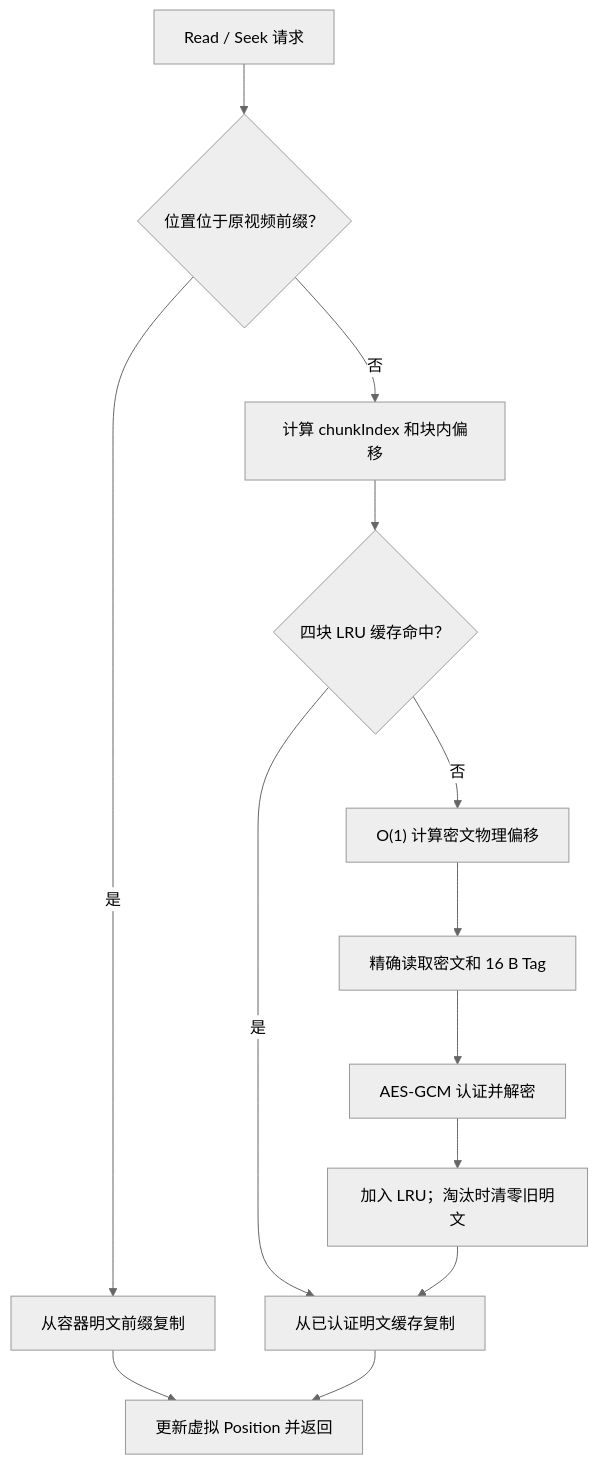
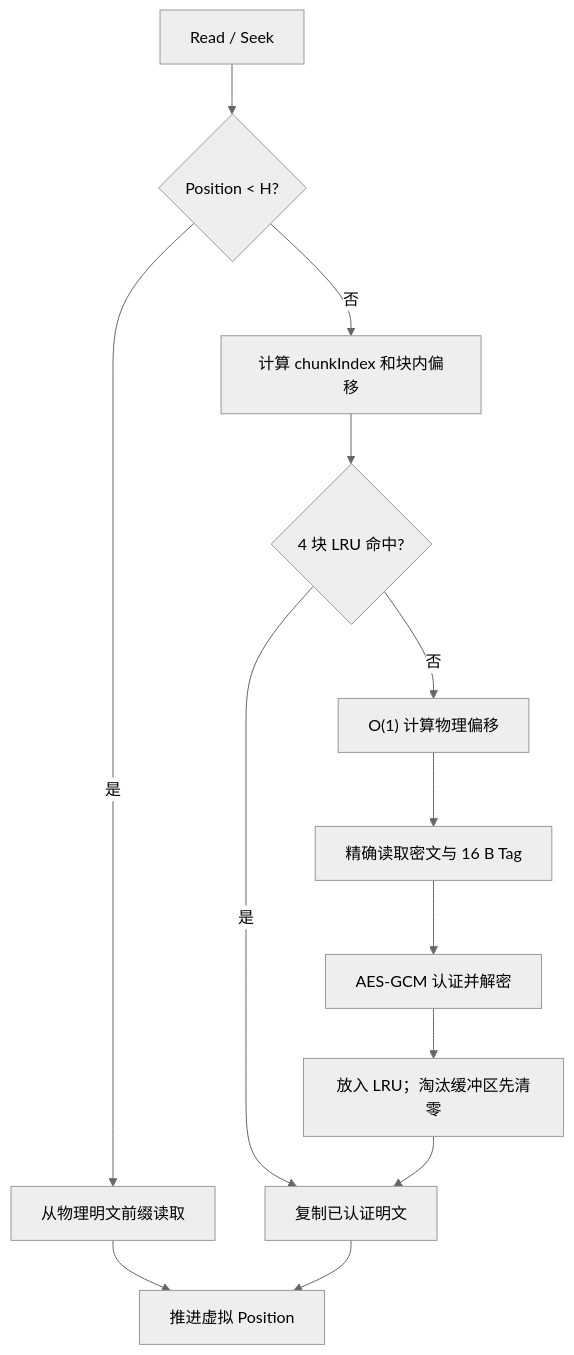
Before and after one commit to crownclowngx/avalonia_dock_simple_test: the second of 2 diagrams in Plugins/MySmallTools/MySmallTools/docs/secret-video-player/secvid03-format.md, drawn with Mermaid (neutral theme). The commit also changed other lines of this file and 3 other files, not shown here.

````diff
--- a/Plugins/MySmallTools/MySmallTools/docs/secret-video-player/secvid03-format.md
+++ b/Plugins/MySmallTools/MySmallTools/docs/secret-video-player/secvid03-format.md
@@ -205,15 +329,15 @@
 ```mermaid
 flowchart TD
-    Read["Read / Seek 请求"] --> Region{"位置位于原视频前缀？"}
-    Region -->|是| Prefix["从容器明文前缀复制"]
-    Region -->|否| Index["计算 chunkIndex 和块内偏移"]
-    Index --> Cache{"四块 LRU 缓存命中？"}
-    Cache -->|是| Copy["从已认证明文缓存复制"]
-    Cache -->|否| Physical["O(1) 计算密文物理偏移"]
-    Physical --> Exact["精确读取密文和 16 B Tag"]
-    Exact --> Auth["AES-GCM 认证并解密"]
-    Auth --> Insert["加入 LRU；淘汰时清零旧明文"]
+    Request["Read / Seek"] --> PrefixQ{"Position < H?"}
+    PrefixQ -->|是| Prefix["从物理明文前缀读取"]
+    PrefixQ -->|否| Index["计算 chunkIndex 和块内偏移"]
+    Index --> Cache{"4 块 LRU 命中?"}
+    Cache -->|是| Copy["复制已认证明文"]
+    Cache -->|否| Offset["O(1) 计算物理偏移"]
+    Offset --> Read["精确读取密文与 16 B Tag"]
+    Read --> Auth["AES-GCM 认证并解密"]
+    Auth --> Insert["放入 LRU；淘汰缓冲区先清零"]
     Insert --> Copy
-    Prefix --> Return["更新虚拟 Position 并返回"]
+    Prefix --> Return["推进虚拟 Position"]
     Copy --> Return
 ```
````
